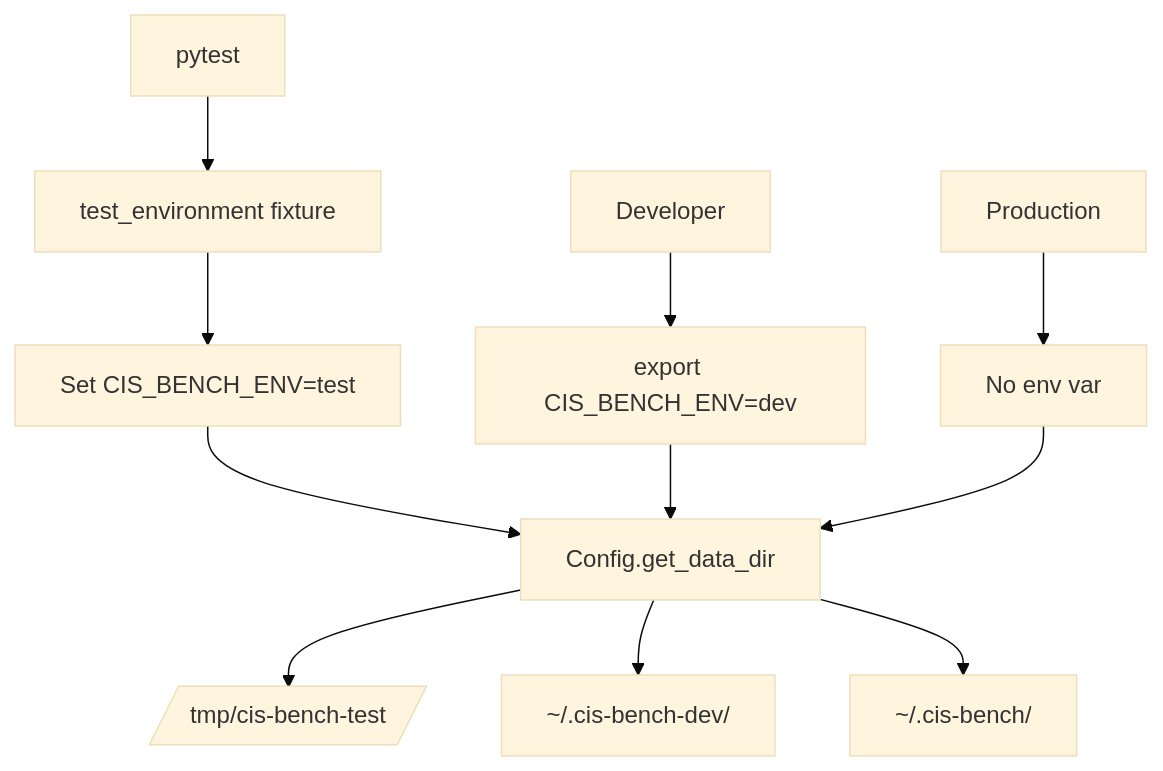
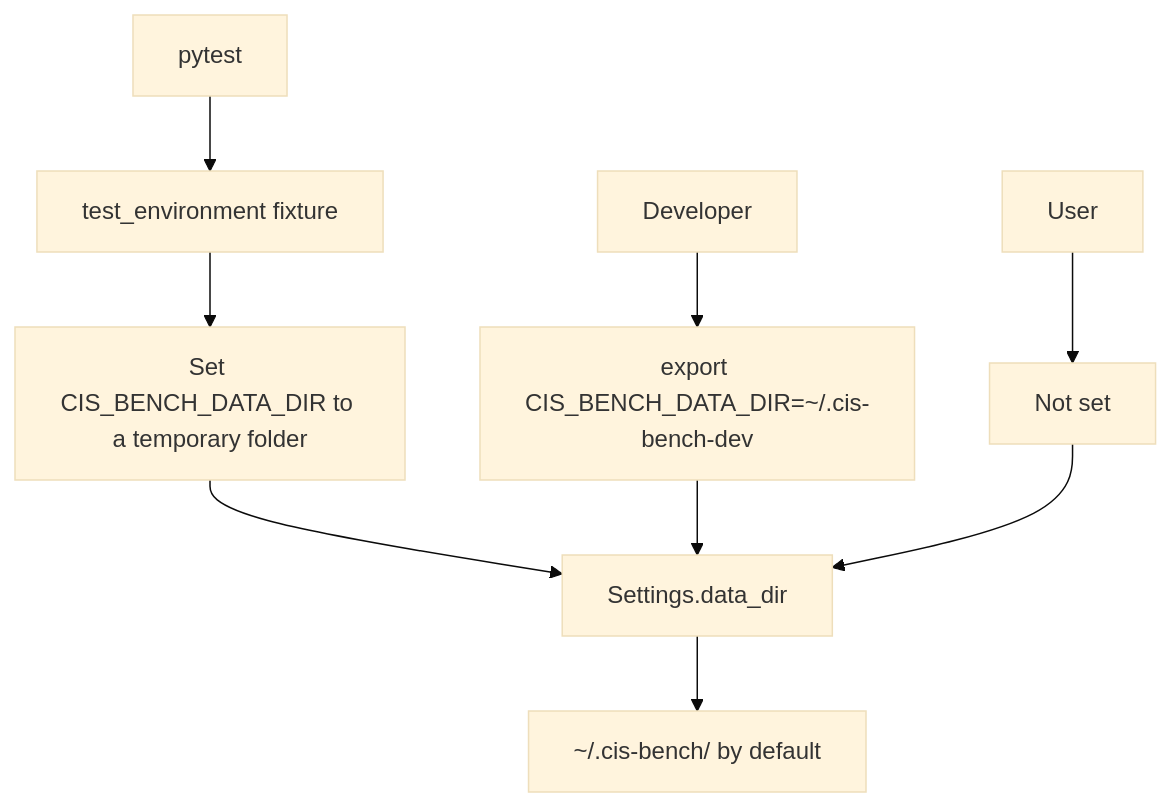
One commit to mitre/cis-bench changed diagram 13 of 13 in docs/developer-guide/architecture.md. Above: the diagram before and after it, drawn with Mermaid (base theme). The commit also changed other lines of this file and 18 other files, not shown here.

````diff
--- a/docs/developer-guide/architecture.md
+++ b/docs/developer-guide/architecture.md
@@ -731,15 +730,13 @@
 ```mermaid
 graph TD
 A[pytest] --> B[test_environment fixture]
-B --> C[Set CIS_BENCH_ENV=test]
-C --> D[Config.get_data_dir]
-D --> E[/tmp/cis-bench-test/]
+B --> C[Set CIS_BENCH_DATA_DIR to a temporary folder]
+C --> D[Settings.data_dir]
 
-F[Developer] --> G[export CIS_BENCH_ENV=dev]
+F[Developer] --> G[export CIS_BENCH_DATA_DIR=~/.cis-bench-dev]
 G --> D
-D --> H[~/.cis-bench-dev/]
 
-I[Production] --> J[No env var]
+I[User] --> J[Not set]
 J --> D
-D --> K[~/.cis-bench/]
+D --> K[~/.cis-bench/ by default]
 ```
````
